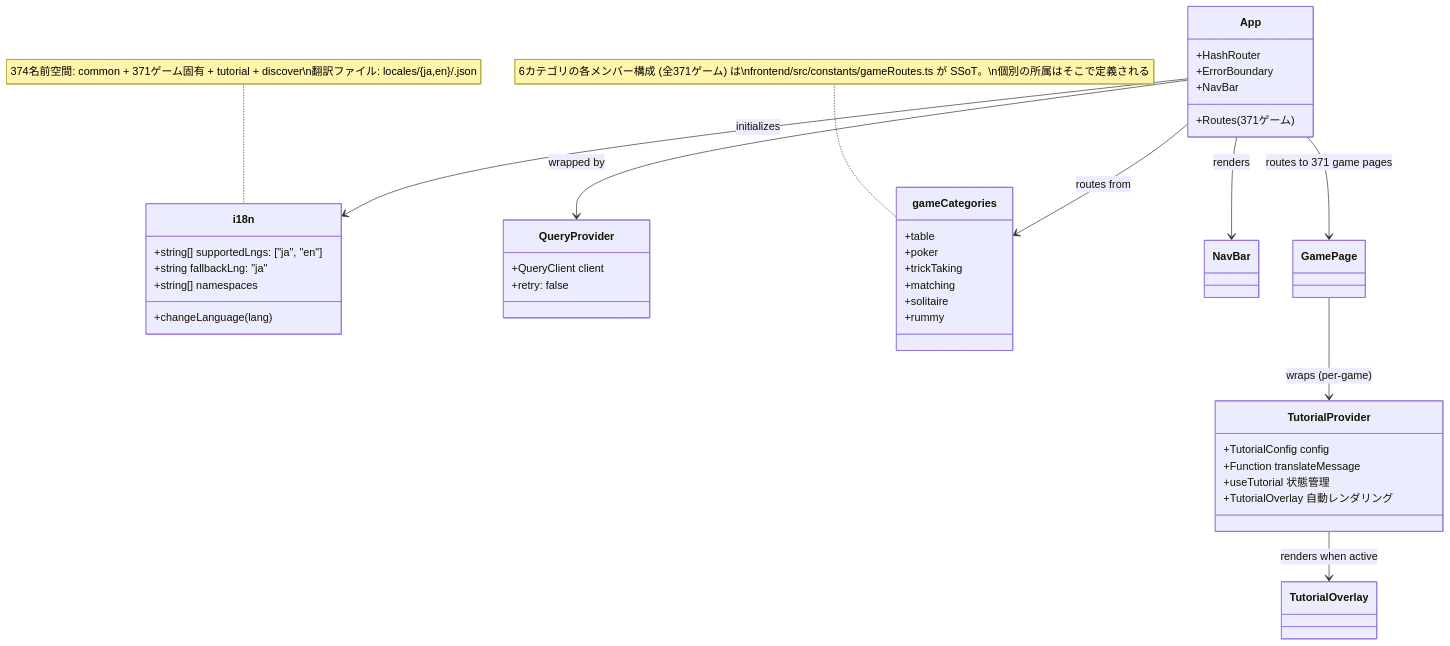
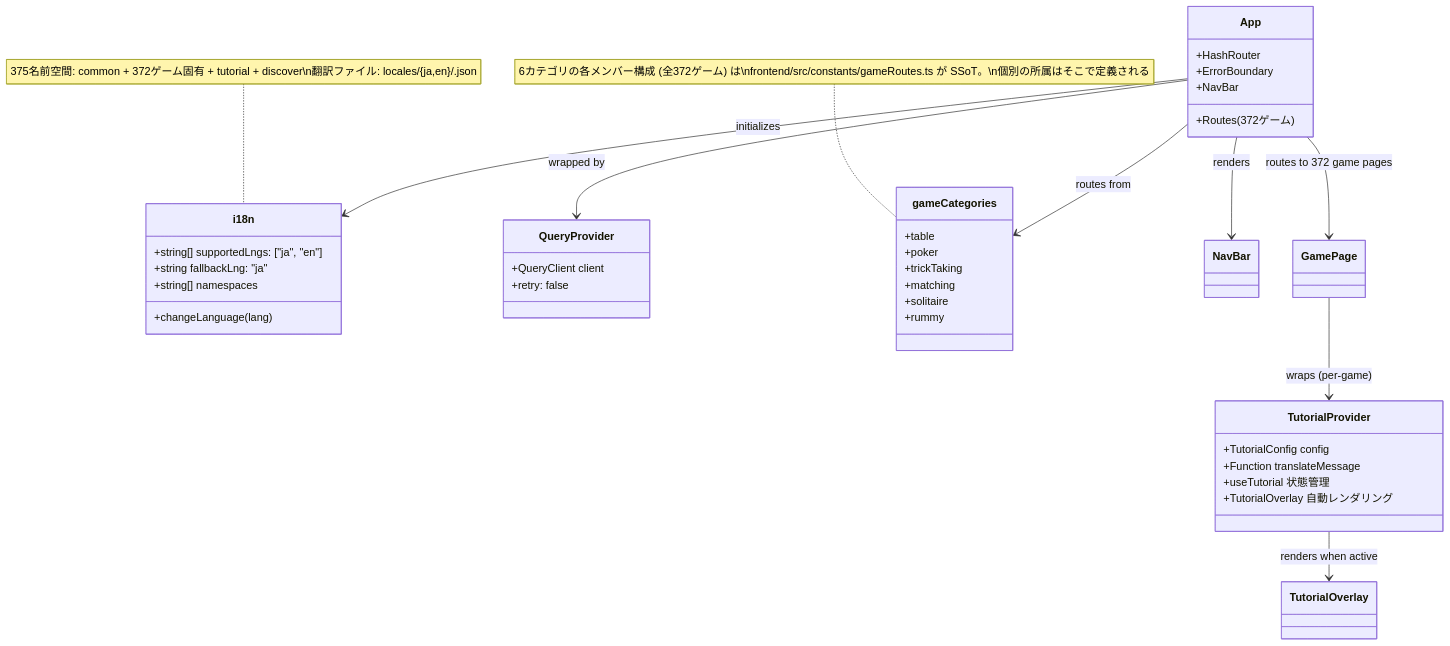
The ninth of 49 diagrams in docs/design/frontend.md (yuta-yoshinaga/go_trumpcards), drawn with Mermaid before and after one commit. The commit also changed other lines of this file and 63 other files, not shown here.

````diff
--- a/docs/design/frontend.md
+++ b/docs/design/frontend.md
@@ -1874,48 +1874,48 @@
 ```mermaid
 classDiagram
     class i18n {
         +string[] supportedLngs: ["ja", "en"]
         +string fallbackLng: "ja"
         +string[] namespaces
         +changeLanguage(lang)
     }
 
     class QueryProvider {
         +QueryClient client
         +retry: false
     }
 
     class App {
         +HashRouter
         +ErrorBoundary
         +NavBar
-        +Routes (371ゲーム)
+        +Routes (372ゲーム)
     }
 
     class gameCategories {
         +table
         +poker
         +trickTaking
         +matching
         +solitaire
         +rummy
     }
-    note for gameCategories "6カテゴリの各メンバー構成 (全371ゲーム) は\nfrontend/src/constants/gameRoutes.ts が SSoT。\n個別の所属はそこで定義される"
+    note for gameCategories "6カテゴリの各メンバー構成 (全372ゲーム) は\nfrontend/src/constants/gameRoutes.ts が SSoT。\n個別の所属はそこで定義される"
 
     class TutorialProvider {
         +TutorialConfig config
         +Function translateMessage
         +useTutorial 状態管理
         +TutorialOverlay 自動レンダリング
     }
 
     App --> QueryProvider : wrapped by
     App --> i18n : initializes
     App --> gameCategories : routes from
     App --> NavBar : renders
-    App --> GamePage : routes to 371 game pages
+    App --> GamePage : routes to 372 game pages
     GamePage --> TutorialProvider : wraps (per-game)
     TutorialProvider --> TutorialOverlay : renders when active
 
-    note for i18n "374名前空間: common + 371ゲーム固有 + tutorial + discover\n翻訳ファイル: locales/{ja,en}/<game>.json"
+    note for i18n "375名前空間: common + 372ゲーム固有 + tutorial + discover\n翻訳ファイル: locales/{ja,en}/<game>.json"
 ```
````
